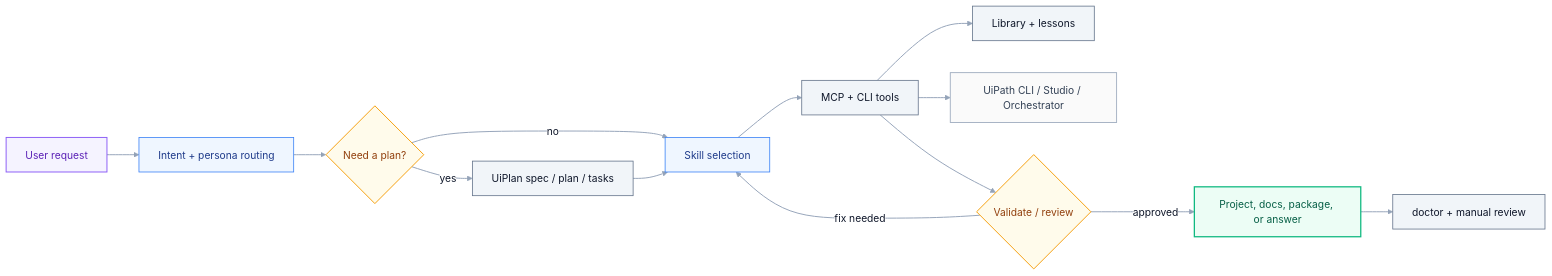
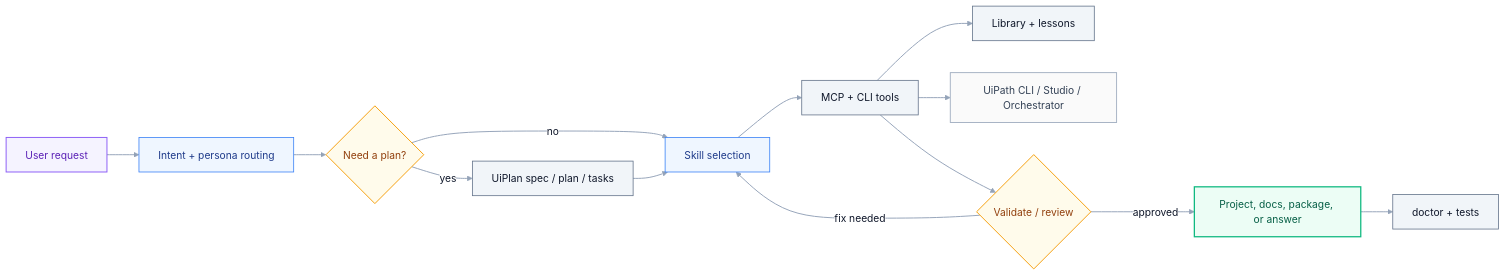
One commit to DanielaRosenn/uiplan-agent-of-agents changed the first of 6 diagrams in README.md. Above: the diagram before and after it, drawn with Mermaid. The commit also changed other lines of this file and 74 other files, not shown here.

````diff
--- a/README.md
+++ b/README.md
@@ -39,26 +39,26 @@
 ```mermaid
 %%{init: {'theme':'base','themeVariables':{'primaryColor':'#E2E8F0','primaryTextColor':'#0F172A','primaryBorderColor':'#94A3B8','lineColor':'#94A3B8','secondaryColor':'#F1F5F9','tertiaryColor':'#F8FAFC','background':'#FFFFFF','clusterBkg':'#F8FAFC','clusterBorder':'#CBD5E1','titleColor':'#0F172A','edgeLabelBackground':'#FFFFFF','fontFamily':'Inter, ui-sans-serif, system-ui'}}}%%
 flowchart LR
     User[User request]:::human --> Intent[Intent + persona routing]:::service
     Intent --> Plan{Need a plan?}:::decision
     Plan -->|yes| UiPlan[UiPlan spec / plan / tasks]:::process
     Plan -->|no| Skill[Skill selection]:::service
     UiPlan --> Skill
     Skill --> Tools[MCP + CLI tools]:::process
     Tools --> Library[Library + lessons]:::data
     Tools --> UiPath[UiPath CLI / Studio / Orchestrator]:::external
     Tools --> Validate{Validate / review}:::decision
     Validate -->|fix needed| Skill
     Validate -->|approved| Output[Project, docs, package, or answer]:::success
-    Output --> Doctor[doctor + manual review]:::process
+    Output --> Doctor[doctor + tests]:::process
 
     classDef process  fill:#F1F5F9,stroke:#64748B,color:#0F172A,stroke-width:1.25px
     classDef service  fill:#EFF6FF,stroke:#3B82F6,color:#1E3A8A,stroke-width:1.25px
     classDef data     fill:#F1F5F9,stroke:#64748B,color:#0F172A,stroke-width:1.25px
     classDef external fill:#FAFAFA,stroke:#94A3B8,color:#334155,stroke-width:1.25px
     classDef decision fill:#FFFBEB,stroke:#F59E0B,color:#92400E,stroke-width:1.5px
     classDef success  fill:#ECFDF5,stroke:#10B981,color:#065F46,stroke-width:2px
     classDef human    fill:#F5F3FF,stroke:#8B5CF6,color:#5B21B6,stroke-width:1.5px
 
     linkStyle default stroke:#94A3B8,stroke-width:1.5px
 ```
````
